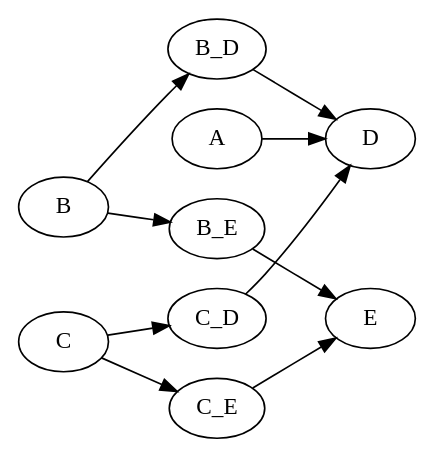
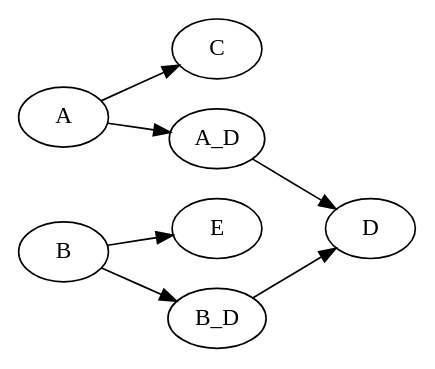
Before and after one commit to raggleton/PythiaPlotter: the diagram in notebook/node.gv, drawn with Graphviz. The commit also changed 6 other files, not shown here.

```diff
--- a/notebook/node.gv
+++ b/notebook/node.gv
@@ -1,13 +1,10 @@
 digraph g {
     rankdir="LR";
-    A -> D;
+    A -> C;
+    A -> A_D;
+    B -> E;
     B -> B_D;
-    B -> B_E;
-    C -> C_D;
-    C -> C_E;
-    C_D -> D;
-    C_E -> E;
+    A_D -> D;
     B_D -> D;
-    B_E -> E;
 
 }
```
